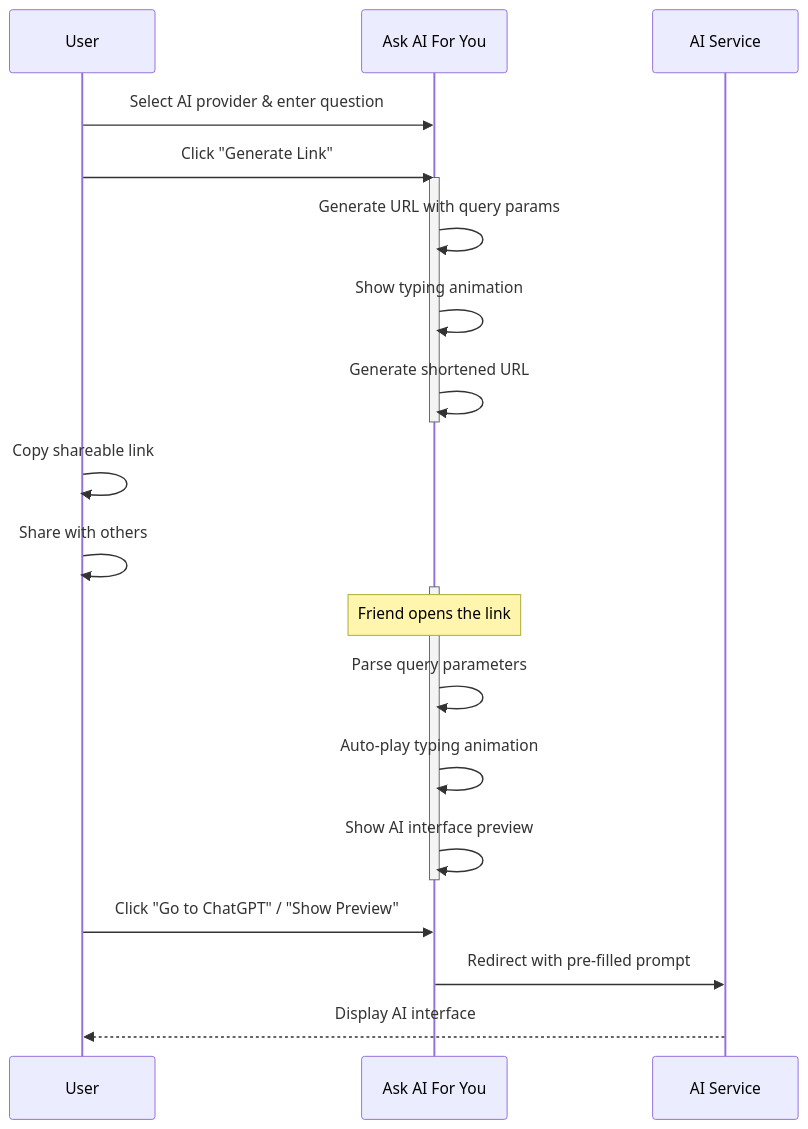
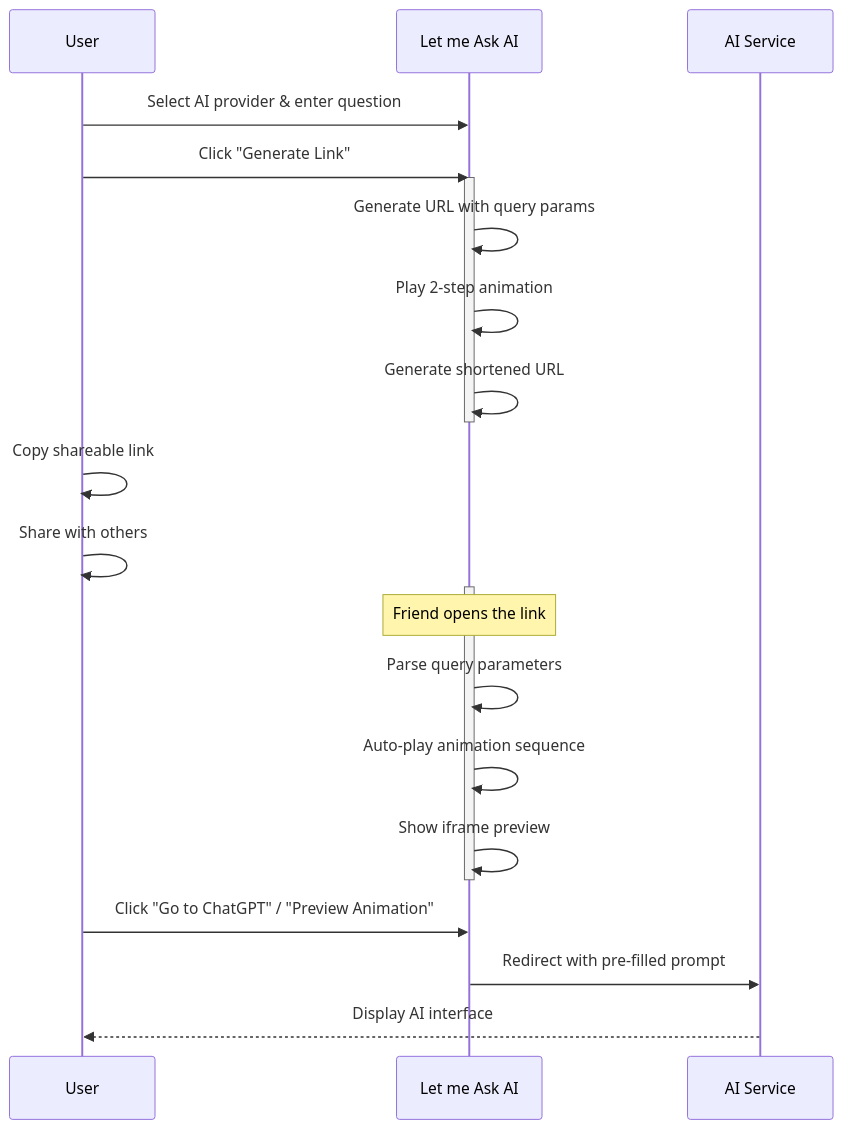
One commit to elicortez/letmeaskaiforyou changed the second of 3 diagrams in README.md. Above: the diagram before and after it, drawn with Mermaid. The commit also changed other lines of this file and 2 other files, not shown here.

````diff
--- a/README.md
+++ b/README.md
@@ -166,29 +166,29 @@
 ```mermaid
 sequenceDiagram
     participant User as User
-    participant App as Ask AI For You
+    participant App as Let me Ask AI
     participant AI as AI Service
     
     User->>App: Select AI provider & enter question
     User->>App: Click "Generate Link"
     
     activate App
     App->>App: Generate URL with query params
-    App->>App: Show typing animation
+    App->>App: Play 2-step animation
     App->>App: Generate shortened URL
     deactivate App
     
     User->>User: Copy shareable link
     User->>User: Share with others
     
     activate App
     Note over App: Friend opens the link
     App->>App: Parse query parameters
-    App->>App: Auto-play typing animation
-    App->>App: Show AI interface preview
+    App->>App: Auto-play animation sequence
+    App->>App: Show iframe preview
     deactivate App
     
-    User->>App: Click "Go to ChatGPT" / "Show Preview"
+    User->>App: Click "Go to ChatGPT" / "Preview Animation"
     App->>AI: Redirect with pre-filled prompt
     AI-->>User: Display AI interface
 ```
````
